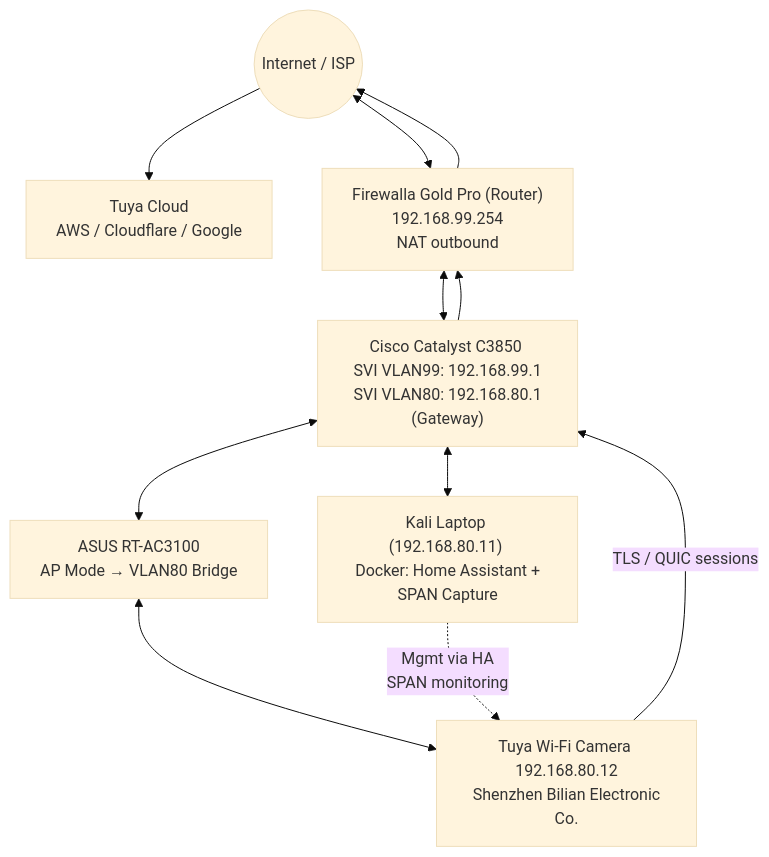
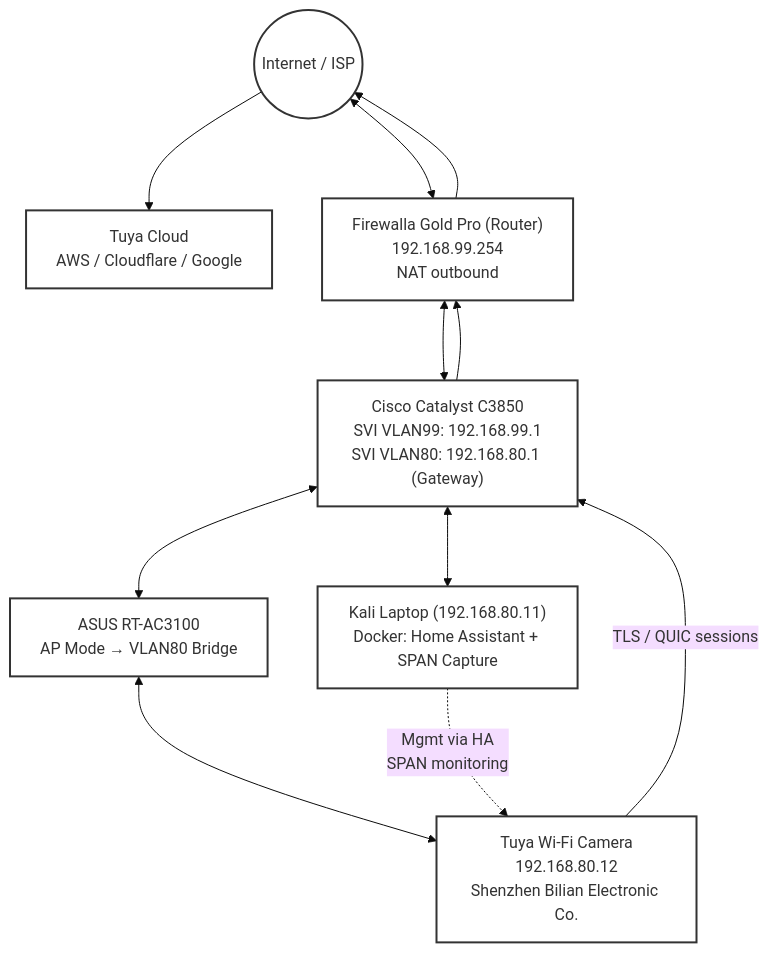
Before and after one commit to blackTieV2/ZEIT8023-S2-2025-: the diagram in Labs/IoT/LabSetup.md, drawn with Mermaid (base theme).

````diff
--- a/Labs/IoT/LabSetup.md
+++ b/Labs/IoT/LabSetup.md
@@ -4,26 +4,26 @@
 ```mermaid
+%%{init:{'flowchart':{'nodeSpacing':50,'rankSpacing':80,'htmlLabels':true}}}%%
 flowchart TD
-    Internet((Internet / ISP))
-    Cloud[Tuya Cloud <br/> AWS / Cloudflare / Google]
-    Router["Firewalla Gold Pro (Router)<br/> 192.168.99.254 <br/> NAT outbound"]
-    Switch["Cisco Catalyst C3850 <br/> SVI VLAN99: 192.168.99.1 <br/> SVI VLAN80: 192.168.80.1 (Gateway)"]
-    AP["ASUS RT-AC3100 <br/> AP Mode → VLAN80 Bridge"]
-    Laptop["Kali Laptop (192.168.80.11) <br/> Docker: Home Assistant + SPAN Capture"]
-    Camera["Tuya Wi‑Fi Camera <br/> 192.168.80.12 <br/> Shenzhen Bilian Electronic Co."]
+    classDef wide fill:#fff,stroke:#333,stroke-width:2px;
 
-    %% Infra path
+    Internet((Internet / ISP)):::wide
+    Cloud[Tuya Cloud <br/> AWS / Cloudflare / Google]:::wide
+    Router["Firewalla Gold Pro (Router)<br/>192.168.99.254<br/>NAT outbound"]:::wide
+    Switch["Cisco Catalyst C3850<br/>SVI VLAN99: 192.168.99.1<br/>SVI VLAN80: 192.168.80.1 (Gateway)"]:::wide
+    AP["ASUS RT-AC3100<br/>AP Mode → VLAN80 Bridge"]:::wide
+    Laptop["Kali Laptop (192.168.80.11)<br/>Docker: Home Assistant + SPAN Capture"]:::wide
+    Camera["Tuya Wi-Fi Camera<br/>192.168.80.12<br/>Shenzhen Bilian Electronic Co."]:::wide
+
     Internet <--> Router
     Router <--> Switch
     Switch <--> AP
     Switch <--> Laptop
     AP <--> Camera
 
-    %% Camera outbound flows
     Camera -->|"TLS / QUIC sessions"| Switch
     Switch --> Router
     Router --> Internet
     Internet --> Cloud
 
-    %% Mgmt / SPAN path
-    Laptop -.->|"Mgmt via HA <br/> SPAN monitoring"| Camera
+    Laptop -.->|"Mgmt via HA<br/>SPAN monitoring"| Camera
 ```
````
